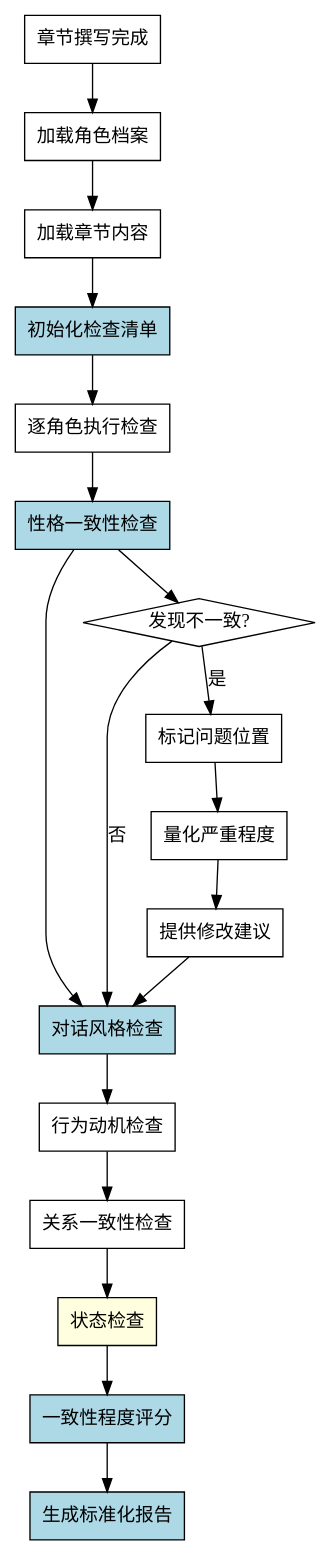
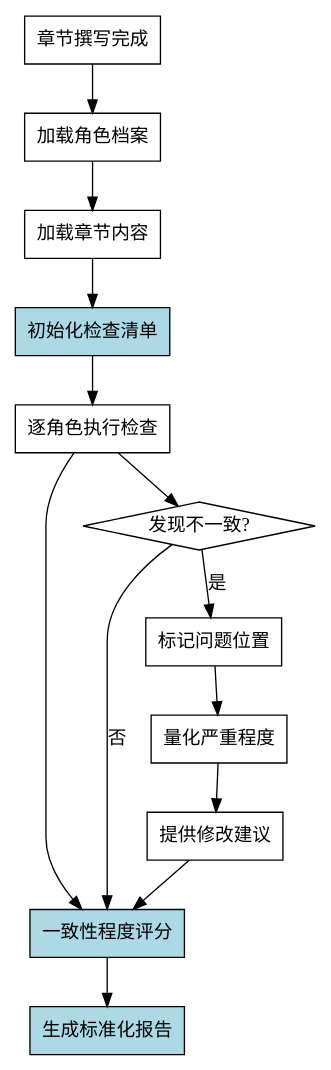
One commit to llklkl/novel changed the diagram in .opencode/skills/check-character/SKILL.md. Above: the diagram before and after it, drawn with Graphviz. The commit also changed other lines of this file and 19 other files, not shown here.

````diff
--- a/.opencode/skills/check-character/SKILL.md
+++ b/.opencode/skills/check-character/SKILL.md
@@ -34,42 +27,32 @@
 ```dot
 digraph check_character {
     rankdir=TB;
     
     "章节撰写完成" [shape=box];
     "加载角色档案" [shape=box];
     "加载章节内容" [shape=box];
     "初始化检查清单" [shape=box, style=filled, fillcolor=lightblue];
     "逐角色执行检查" [shape=box];
-    "性格一致性检查" [shape=box, style=filled, fillcolor=lightblue];
-    "对话风格检查" [shape=box, style=filled, fillcolor=lightblue];
-    "行为动机检查" [shape=box];
-    "关系一致性检查" [shape=box];
-    "状态检查" [shape=box, style=filled, fillcolor=lightyellow];
     "一致性程度评分" [shape=box, style=filled, fillcolor=lightblue];
     "生成标准化报告" [shape=box, style=filled, fillcolor=lightblue];
     "发现不一致?" [shape=diamond];
     "标记问题位置" [shape=box];
     "量化严重程度" [shape=box];
     "提供修改建议" [shape=box];
     
     "章节撰写完成" -> "加载角色档案";
     "加载角色档案" -> "加载章节内容";
     "加载章节内容" -> "初始化检查清单";
     "初始化检查清单" -> "逐角色执行检查";
-    "逐角色执行检查" -> "性格一致性检查";
-    "性格一致性检查" -> "对话风格检查";
-    "对话风格检查" -> "行为动机检查";
-    "行为动机检查" -> "关系一致性检查";
-    "关系一致性检查" -> "状态检查";
-    "状态检查" -> "一致性程度评分";
+    "逐角色执行检查" -> "一致性程度评分";
     
-    "性格一致性检查" -> "发现不一致?";
+    "逐角色执行检查" -> "发现不一致?";
     "发现不一致?" -> "标记问题位置" [label="是"];
-    "发现不一致?" -> "对话风格检查" [label="否"];
+    "发现不一致?" -> "一致性程度评分" [label="否"];
     "标记问题位置" -> "量化严重程度";
     "量化严重程度" -> "提供修改建议";
-    "提供修改建议" -> "对话风格检查";
+    "提供修改建议" -> "一致性程度评分";
     
     "一致性程度评分" -> "生成标准化报告";
 }
 ```
````
